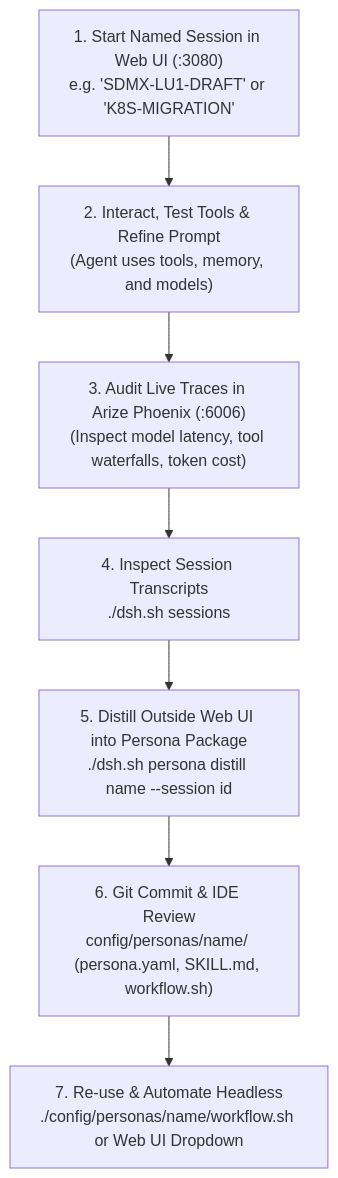
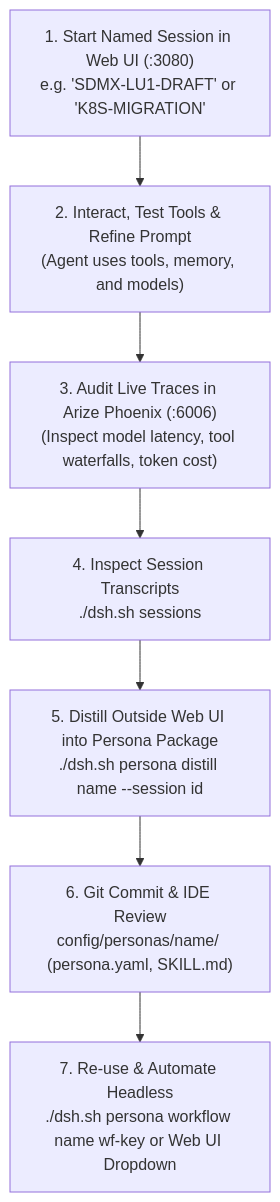
One commit to hdjebar/DSH-DDS changed the fifth of 5 diagrams in docs/personas.md. Above: the diagram before and after it, drawn with Mermaid. The commit also changed other lines of this file and 27 other files, not shown here.

````diff
--- a/docs/personas.md
+++ b/docs/personas.md
@@ -396,9 +394,9 @@
 ```mermaid
 flowchart TD
     START["1. Start Named Session in Web UI (:3080)<br/>e.g. 'SDMX-LU1-DRAFT' or 'K8S-MIGRATION'"] --> RUN["2. Interact, Test Tools & Refine Prompt<br/>(Agent uses tools, memory, and models)"]
     RUN --> OTEL["3. Audit Live Traces in Arize Phoenix (:6006)<br/>(Inspect model latency, tool waterfalls, token cost)"]
     OTEL --> LIST["4. Inspect Session Transcripts<br/>./dsh.sh sessions"]
     LIST --> DISTILL["5. Distill Outside Web UI into Persona Package<br/>./dsh.sh persona distill name --session id"]
-    DISTILL --> GIT["6. Git Commit & IDE Review<br/>config/personas/name/ (persona.yaml, SKILL.md, workflow.sh)"]
-    GIT --> AUTO["7. Re-use & Automate Headless<br/>./config/personas/name/workflow.sh or Web UI Dropdown"]
+    DISTILL --> GIT["6. Git Commit & IDE Review<br/>config/personas/name/ (persona.yaml, SKILL.md)"]
+    GIT --> AUTO["7. Re-use & Automate Headless<br/>./dsh.sh persona workflow name wf-key or Web UI Dropdown"]
 ```
````
